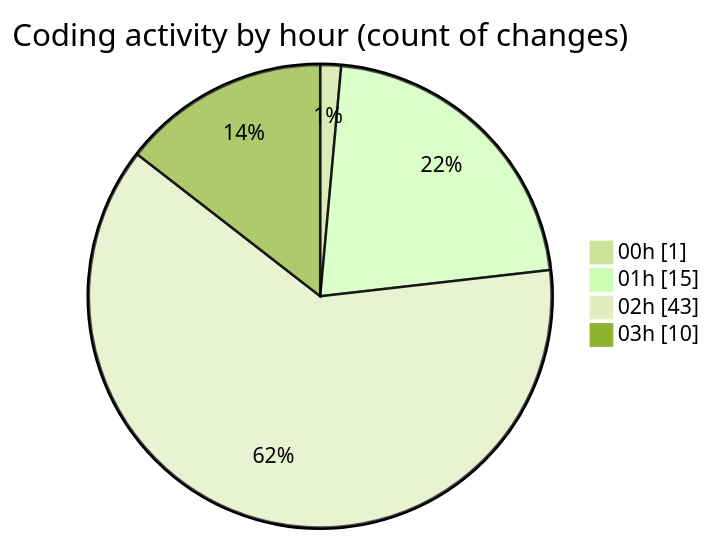
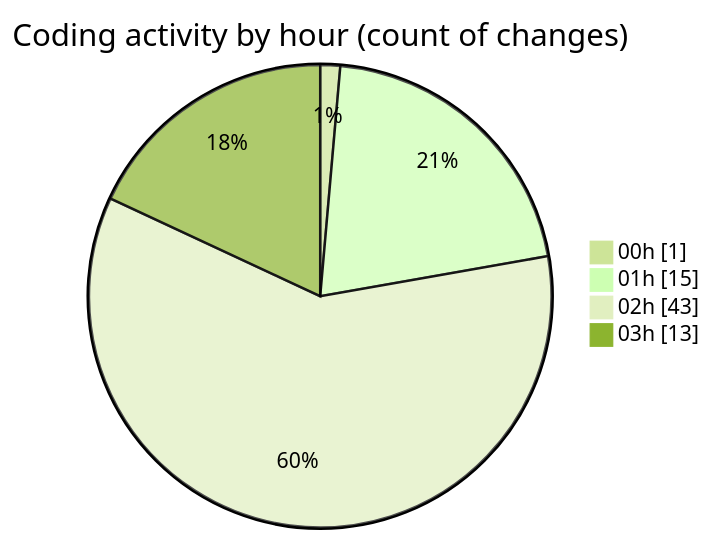
One commit to Elitesun/code-tracking changed the second of 2 diagrams in 2025-05-01/niten/README.md. Above: the diagram before and after it, drawn with Mermaid (forest theme). The commit also changed other lines of this file and 1 other file, not shown here.

````diff
--- a/2025-05-01/niten/README.md
+++ b/2025-05-01/niten/README.md
@@ -48,8 +49,8 @@
 ```mermaid
 pie showData
 title Coding activity by hour (count of changes)
 "00h" : 1
 "01h" : 15
 "02h" : 43
-"03h" : 10
+"03h" : 13
 ```
````
